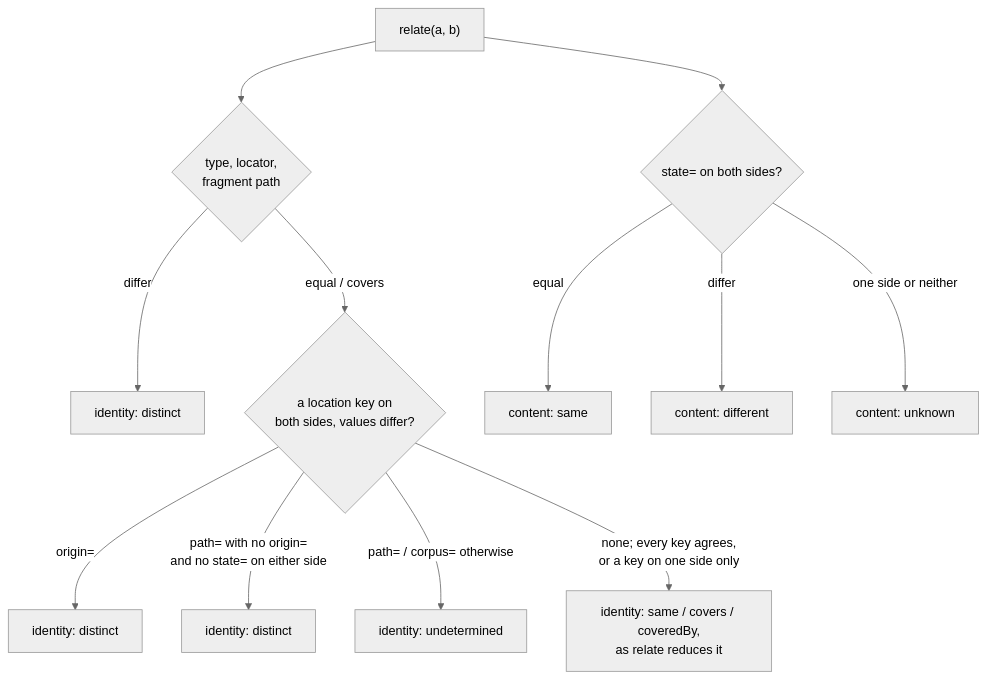
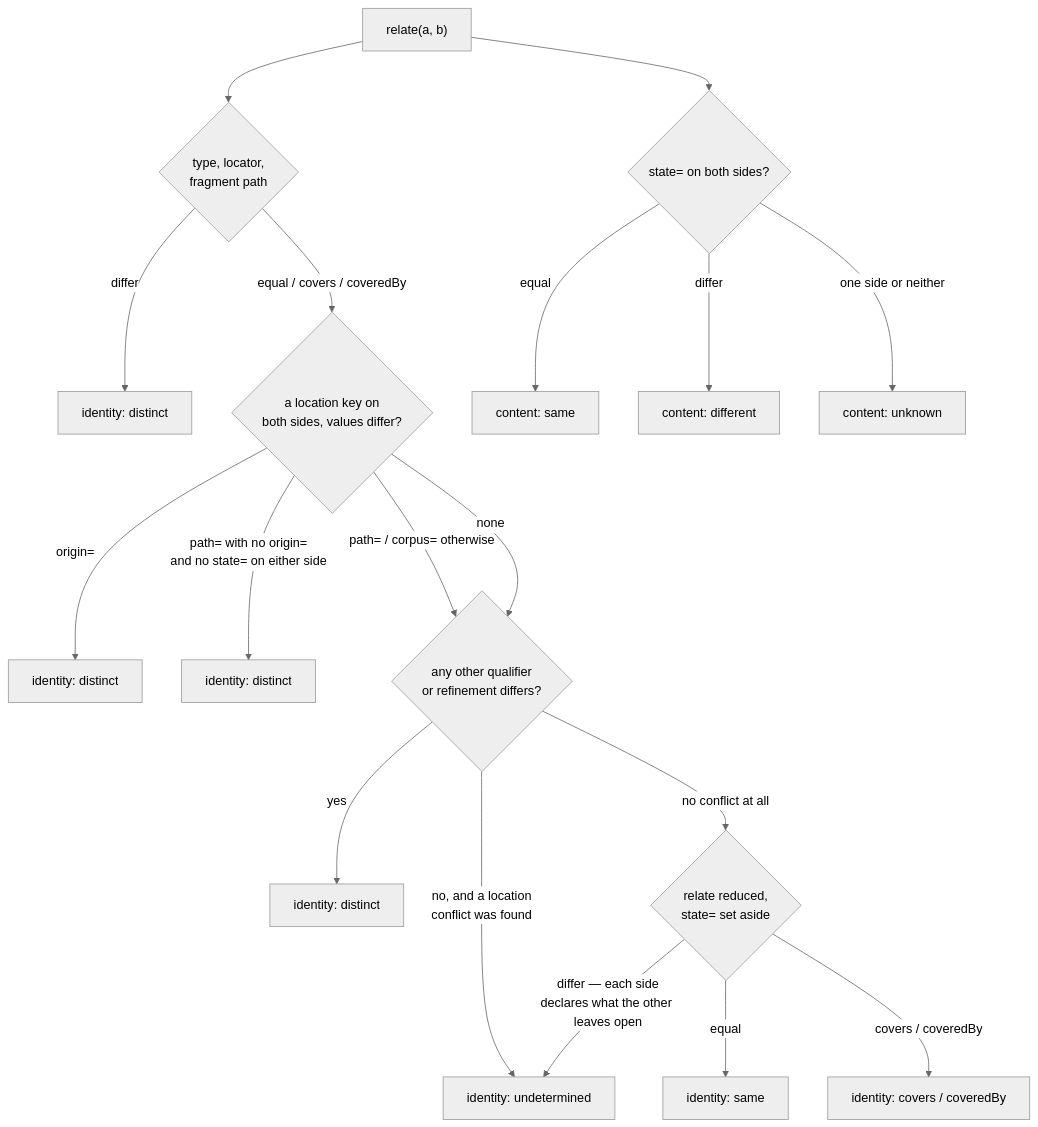
One commit to entelekheia-ai/ref-id changed the diagram in project/adr/0006-location-enters-the-identifier-as-a-hint-never-as-identity.md. Above: the diagram before and after it, drawn with Mermaid (neutral theme). The commit also changed 9 other files, not shown here.

````diff
--- a/project/adr/0006-location-enters-the-identifier-as-a-hint-never-as-identity.md
+++ b/project/adr/0006-location-enters-the-identifier-as-a-hint-never-as-identity.md
@@ -98,14 +98,20 @@
 ```mermaid
 flowchart TD
     R["relate(a, b)"] --> I{"type, locator,<br/>fragment path"}
     I -- differ --> D1["identity: distinct"]
-    I -- "equal / covers" --> L{"a location key on<br/>both sides, values differ?"}
+    I -- "equal / covers / coveredBy" --> L{"a location key on<br/>both sides, values differ?"}
     L -- "origin=" --> D2["identity: distinct"]
     L -- "path= with no origin=<br/>and no state= on either side" --> D3["identity: distinct"]
-    L -- "path= / corpus= otherwise" --> U["identity: undetermined"]
-    L -- "none; every key agrees,<br/>or a key on one side only" --> S["identity: same / covers / coveredBy,<br/>as relate reduces it"]
+    L -- "path= / corpus= otherwise" --> O{"any other qualifier<br/>or refinement differs?"}
+    L -- "none" --> O
+    O -- yes --> D4["identity: distinct"]
+    O -- "no, and a location<br/>conflict was found" --> U["identity: undetermined"]
+    O -- "no conflict at all" --> RD{"relate reduced,<br/>state= set aside"}
+    RD -- "equal" --> S["identity: same"]
+    RD -- "covers / coveredBy" --> SC["identity: covers / coveredBy"]
+    RD -- "differ — each side<br/>declares what the other leaves open" --> U
     R --> C{"state= on both sides?"}
     C -- equal --> CS["content: same"]
     C -- differ --> CD["content: different"]
     C -- "one side or neither" --> CU["content: unknown"]
 ```
````
